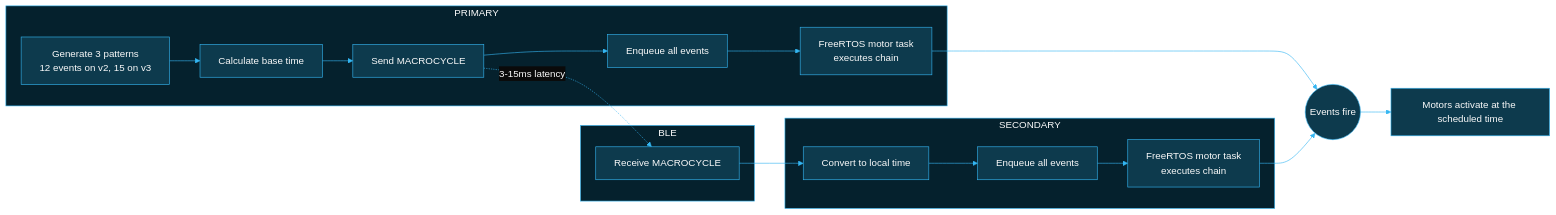
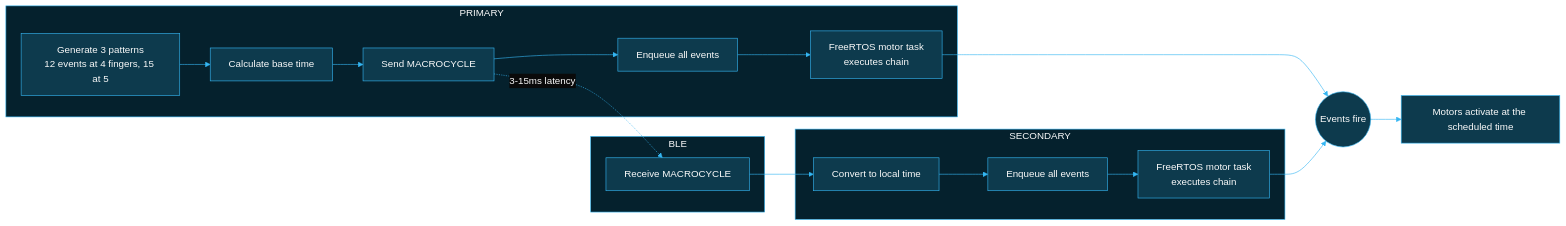
Before and after one commit to BlueBuzzah/BlueBuzzah-Firmware: the third of 5 diagrams in docs/SYNCHRONIZATION_PROTOCOL.md, drawn with Mermaid. The commit also changed other lines of this file and 4 other files, not shown here.

````diff
--- a/docs/SYNCHRONIZATION_PROTOCOL.md
+++ b/docs/SYNCHRONIZATION_PROTOCOL.md
@@ -284,38 +284,38 @@
 ```mermaid
 %%{init: {'theme': 'base', 'themeVariables': {
   'primaryColor': '#0d3a4d',
   'primaryTextColor': '#fafafa',
   'primaryBorderColor': '#35B6F2',
   'lineColor': '#35B6F2',
   'secondaryColor': '#05212D',
   'tertiaryColor': '#0a0a0a',
   'background': '#0a0a0a',
   'mainBkg': '#0d3a4d',
   'nodeBorder': '#35B6F2',
   'clusterBkg': '#05212D',
   'clusterBorder': '#35B6F2',
   'titleColor': '#fafafa',
   'edgeLabelBackground': '#0a0a0a'
 }}}%%
 flowchart LR
     subgraph PRIMARY
-        A[Generate 3 patterns<br/>12 events on v2, 15 on v3] --> B[Calculate base time]
+        A[Generate 3 patterns<br/>12 events at 4 fingers, 15 at 5] --> B[Calculate base time]
         B --> C[Send MACROCYCLE]
         C --> D[Enqueue all events]
         D --> E[FreeRTOS motor task<br/>executes chain]
     end
 
     subgraph BLE
         C -.->|3-15ms latency| F
     end
 
     subgraph SECONDARY
         F[Receive MACROCYCLE] --> G[Convert to local time]
         G --> H[Enqueue all events]
         H --> I[FreeRTOS motor task<br/>executes chain]
     end
 
     E --> J((Events fire))
     I --> J
     J --> K[Motors activate at the scheduled time]
 ```
````
